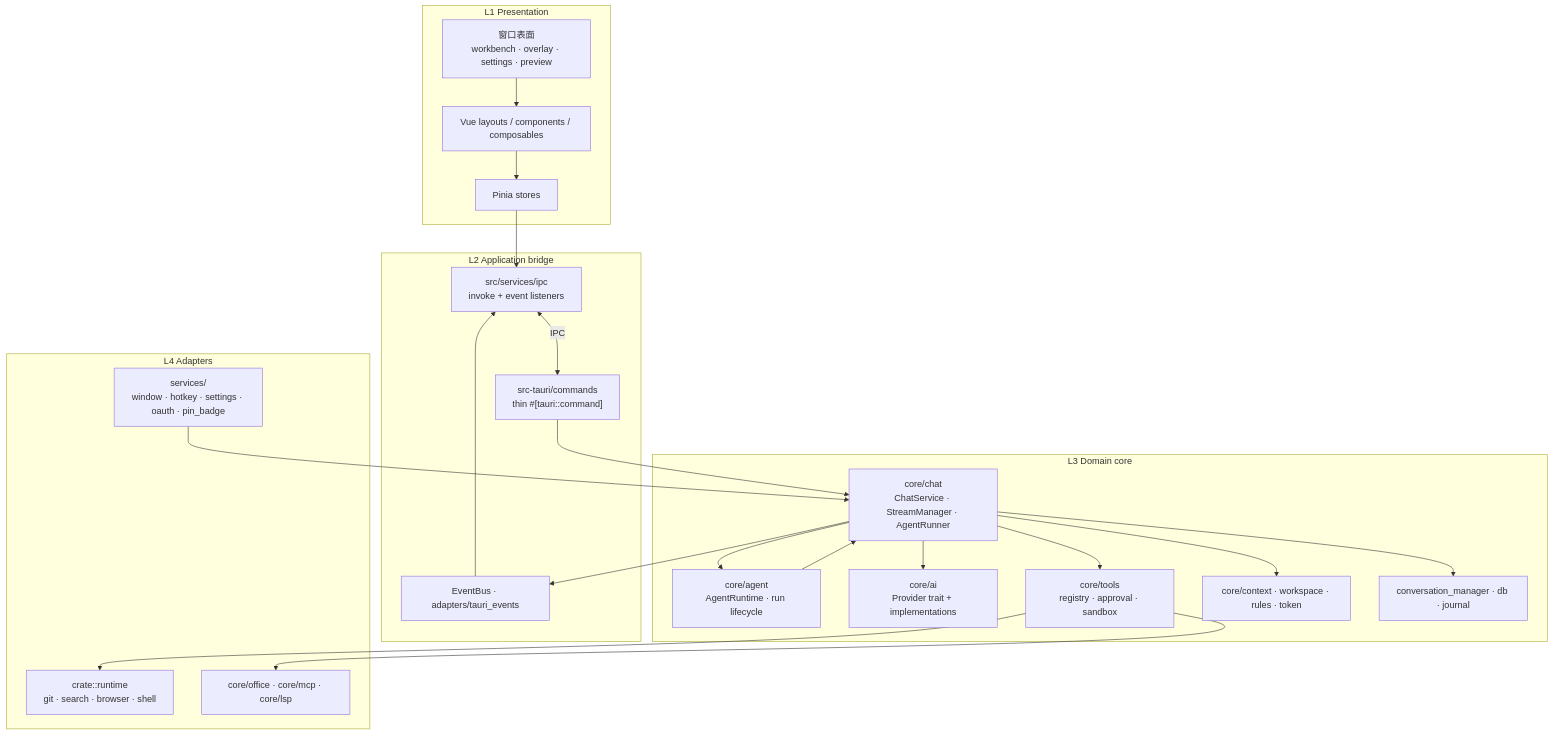
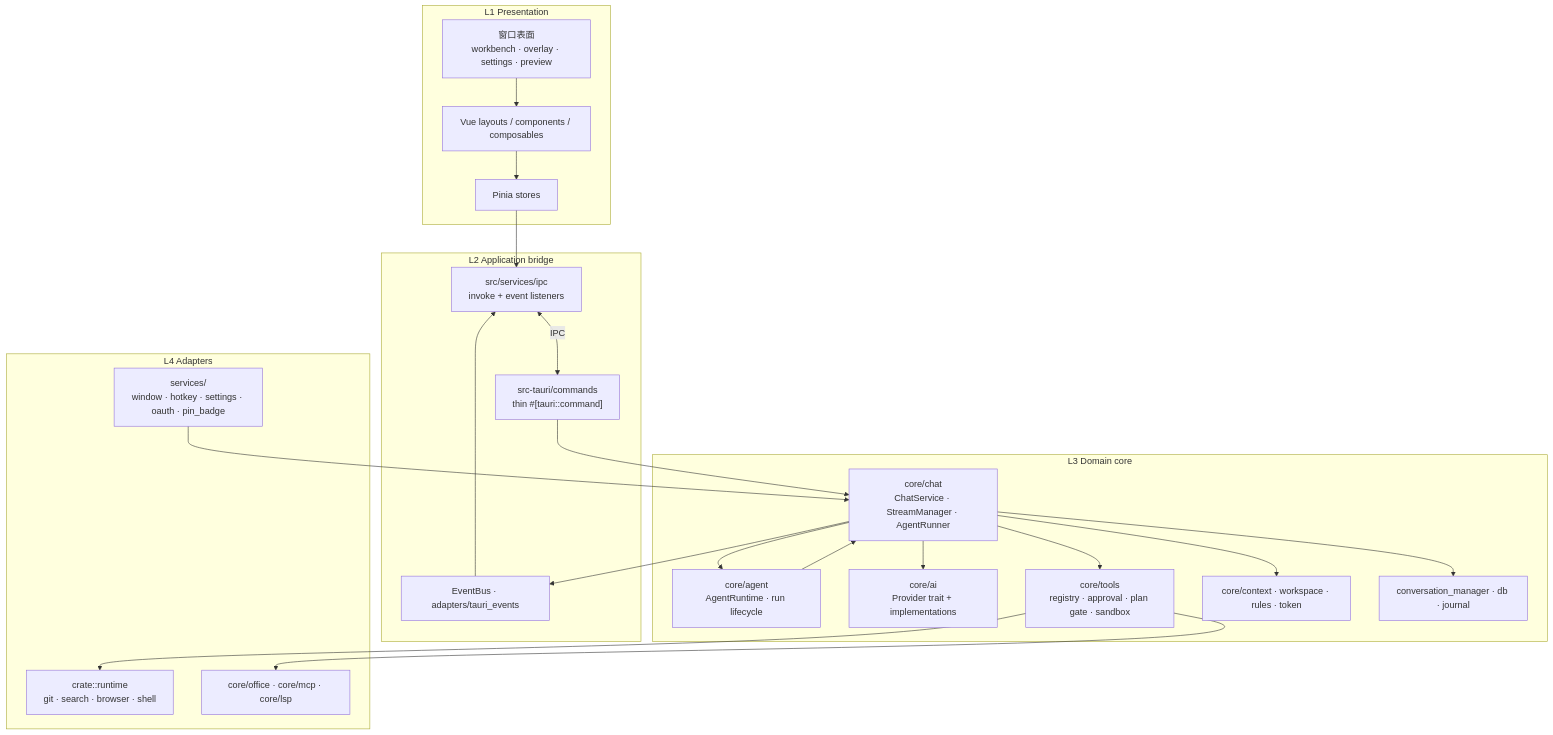
Before and after one commit to rururunu/AAAi: the second of 12 diagrams in docs/architecture-overview.zh-CN.md, drawn with Mermaid. The commit also changed other lines of this file and 45 other files, not shown here.

````diff
--- a/docs/architecture-overview.zh-CN.md
+++ b/docs/architecture-overview.zh-CN.md
@@ -73,44 +73,44 @@
 ```mermaid
 flowchart TB
   subgraph Presentation["L1 Presentation"]
     Win["窗口表面<br/>workbench · overlay · settings · preview"]
     UI["Vue layouts / components / composables"]
     Store["Pinia stores"]
   end
 
   subgraph Bridge["L2 Application bridge"]
     FeIpc["src/services/ipc<br/>invoke + event listeners"]
     Cmd["src-tauri/commands<br/>thin #[tauri::command]"]
     Bus["EventBus · adapters/tauri_events"]
   end
 
   subgraph Domain["L3 Domain core"]
     Chat["core/chat<br/>ChatService · StreamManager · AgentRunner"]
     AgentShell["core/agent<br/>AgentRuntime · run lifecycle"]
     Ai["core/ai<br/>Provider trait + implementations"]
-    Tools["core/tools<br/>registry · approval · sandbox"]
+    Tools["core/tools<br/>registry · approval · plan gate · sandbox"]
     Ctx["core/context · workspace · rules · token"]
     Persist["conversation_manager · db · journal"]
   end
 
   subgraph Adapters["L4 Adapters"]
     Rt["crate::runtime<br/>git · search · browser · shell"]
     OfficeCore["core/office · core/mcp · core/lsp"]
     Svc["services/<br/>window · hotkey · settings · oauth · pin_badge"]
   end
 
   Win --> UI --> Store --> FeIpc
   FeIpc <-->|IPC| Cmd
   Cmd --> Chat
   Svc --> Chat
   Chat --> AgentShell
   AgentShell --> Chat
   Chat --> Ai
   Chat --> Tools
   Chat --> Ctx
   Chat --> Persist
   Tools --> Rt
   Tools --> OfficeCore
   Bus --> FeIpc
   Chat --> Bus
 ```
````
